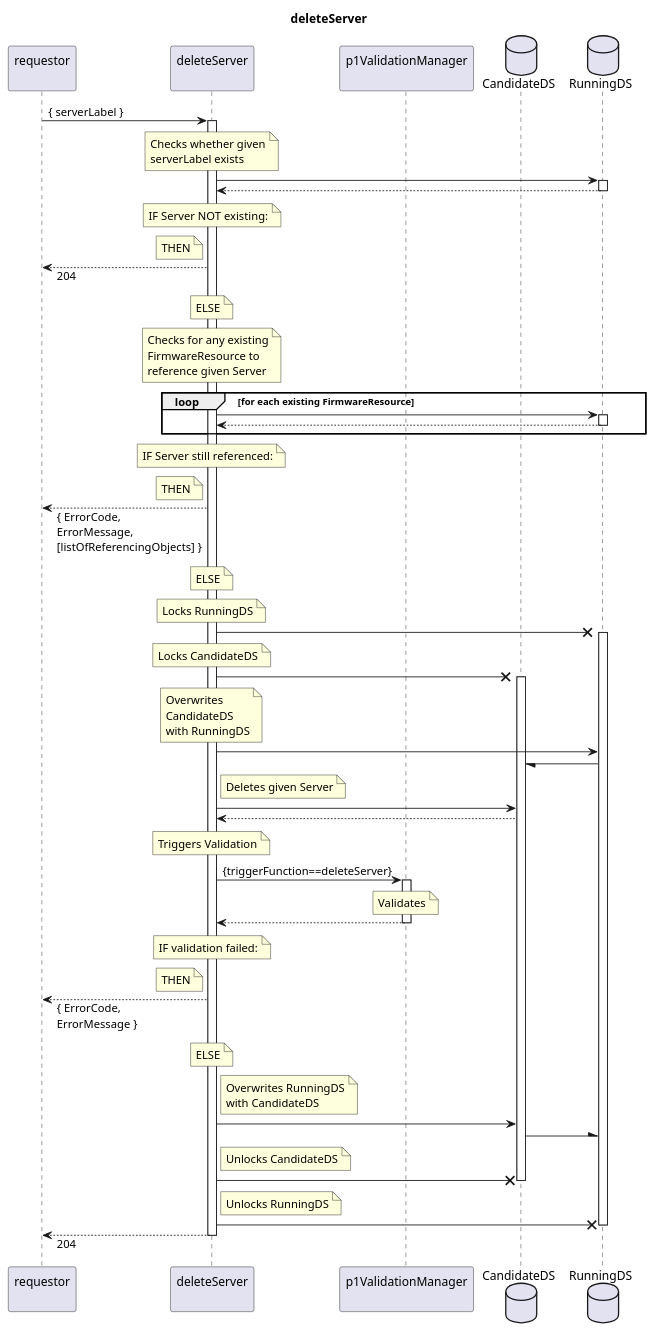
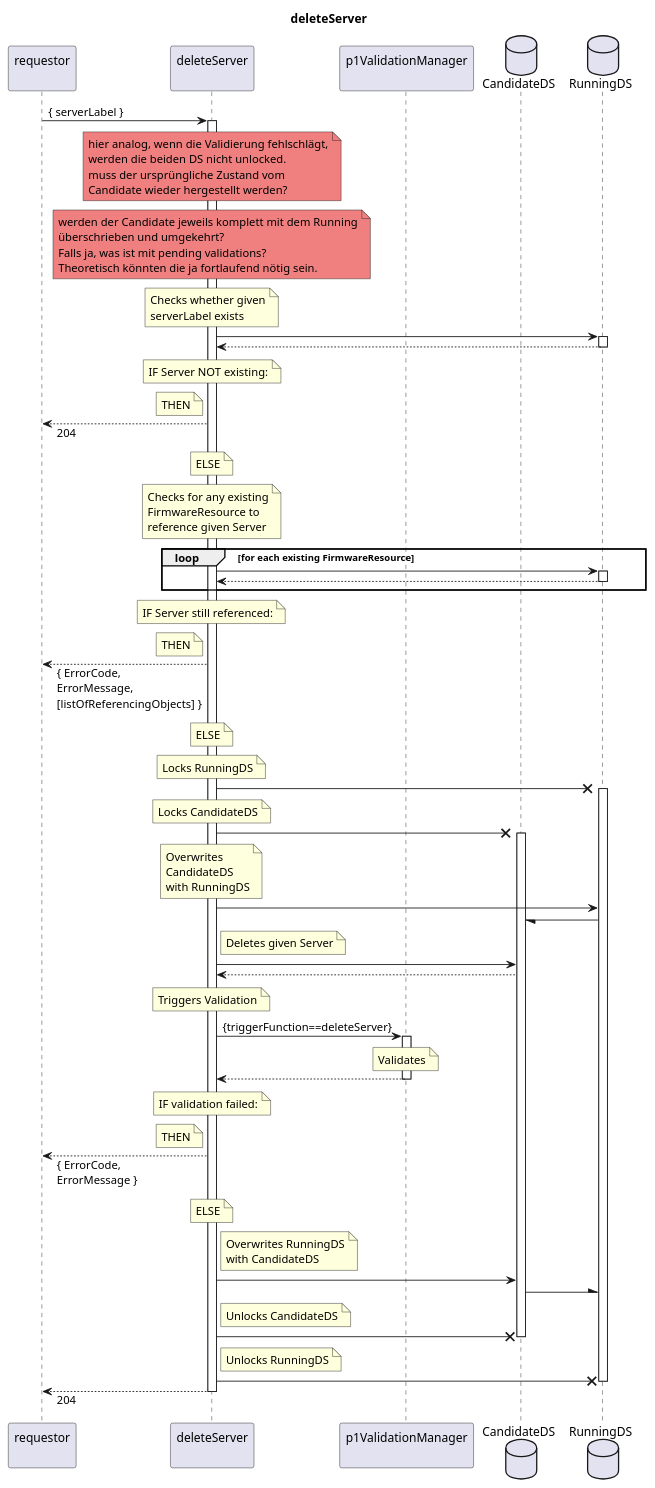
Before and after one commit to openBackhaul/FirmWareManager: the diagram in spec/Services/deleteServer/1.0.0/deleteServer.plantuml, drawn with PlantUML. The commit also changed 2 other files, not shown here.

Commit message:
add deleteServer comments

```diff
--- a/spec/Services/deleteServer/1.0.0/deleteServer.plantuml
+++ b/spec/Services/deleteServer/1.0.0/deleteServer.plantuml
@@ -1,124 +1,137 @@
 @startuml deleteServer
 skinparam responseMessageBelowArrow true
 
 title
   deleteServer
 end title
 
 participant "requestor\n" as requestor
 participant "deleteServer\n" as delServer
 participant "p1ValidationManager\n" as valiMan
 database "CandidateDS" as CanDS
 database "RunningDS" as RunDS
 
 requestor -> delServer: { serverLabel }
 activate delServer
+
+  note over delServer #lightcoral
+    hier analog, wenn die Validierung fehlschlägt,
+    werden die beiden DS nicht unlocked.
+    muss der ursprüngliche Zustand vom 
+    Candidate wieder hergestellt werden?
+  end note
+  note over delServer #lightcoral
+    werden der Candidate jeweils komplett mit dem Running
+    überschrieben und umgekehrt?
+    Falls ja, was ist mit pending validations?
+    Theoretisch könnten die ja fortlaufend nötig sein.
+  end note
 
   note over delServer
     Checks whether given
     serverLabel exists
   end note
   delServer -> RunDS
   activate RunDS
   delServer <-- RunDS
   deactivate RunDS
   note over delServer
     IF Server NOT existing:
   end note
   note left delServer
     THEN
   end note
   requestor <-- delServer: 204
   note over delServer
     ELSE
   end note
 
   note over delServer
     Checks for any existing
     FirmwareResource to
     reference given Server
   end note
   loop for each existing FirmwareResource
     delServer -> RunDS
     activate RunDS
     delServer <-- RunDS
     deactivate RunDS
   end loop
   note over delServer
     IF Server still referenced:
   end note
   note left delServer
     THEN
   end note
   requestor <-- delServer: { ErrorCode,\nErrorMessage,\n[listOfReferencingObjects] }
   note over delServer
     ELSE
   end note
 
   note over delServer
     Locks RunningDS
   end note
   delServer -X RunDS
   activate RunDS
   note over delServer
     Locks CandidateDS
   end note
   delServer -X CanDS
   activate CanDS
   note over delServer
     Overwrites
     CandidateDS
     with RunningDS
   end note
   delServer -> RunDS
   RunDS -/ CanDS
 
   note right delServer
     Deletes given Server
   end note
   delServer -> CanDS
   delServer <-- CanDS
 
   note over delServer
     Triggers Validation
   end note
   delServer -> valiMan: {triggerFunction==deleteServer}
   activate valiMan
     note over valiMan
       Validates
     end note
   delServer <-- valiMan
   deactivate valiMan
   note over delServer
     IF validation failed:
   end note
   note left delServer
     THEN
   end note
   requestor <-- delServer: { ErrorCode,\nErrorMessage }
   note over delServer
     ELSE
   end note
 
   note right delServer
     Overwrites RunningDS
     with CandidateDS
   end note
   delServer -> CanDS
   CanDS -\ RunDS
   note right delServer
     Unlocks CandidateDS
   end note
   delServer -X CanDS
   deactivate CanDS
   note right delServer
     Unlocks RunningDS
   end note
   delServer -X RunDS
   deactivate RunDS
 
   requestor <-- delServer: 204
 
 deactivate delServer
 
 @enduml
```
